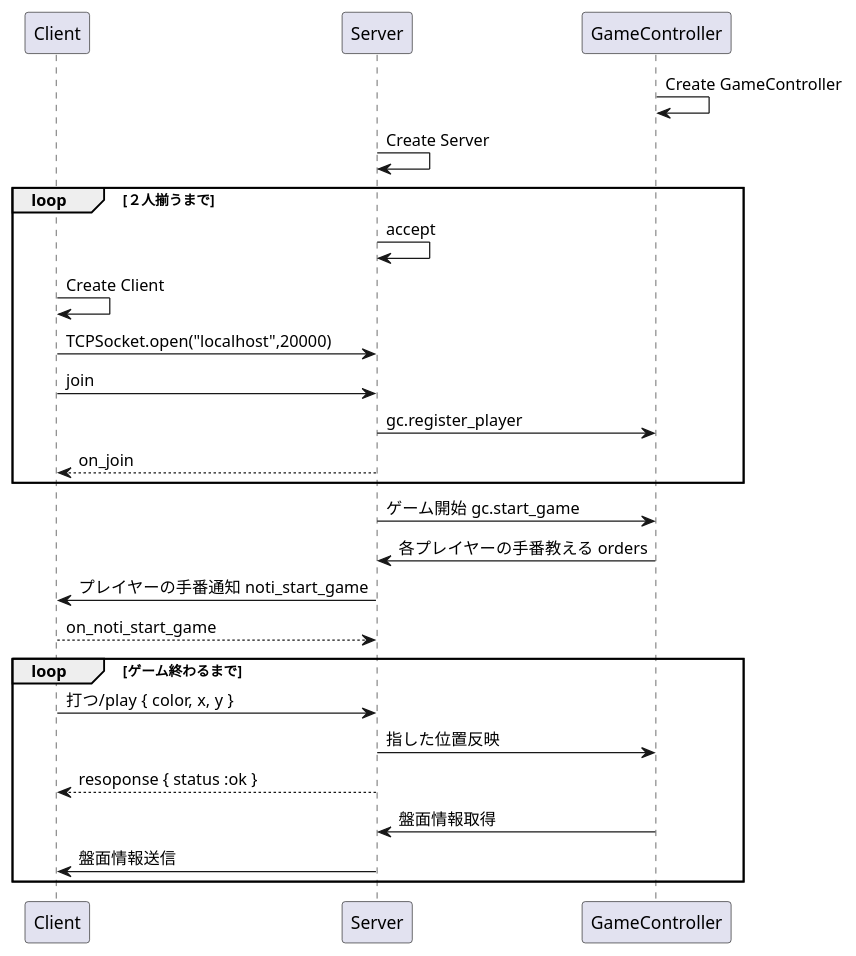
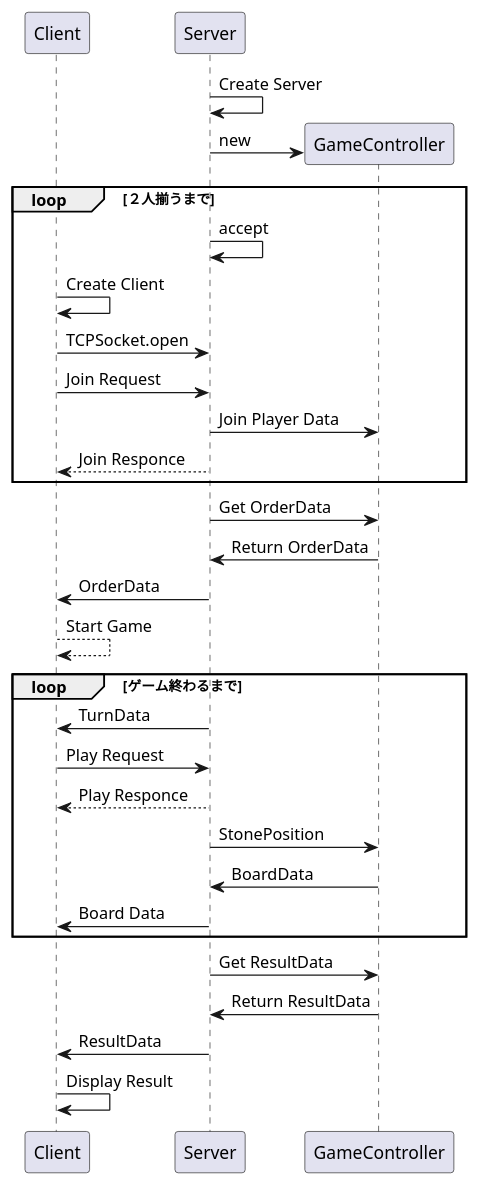
One commit to WROS-eng/netpro changed the diagram in uml.pu. Above: the diagram before and after it, drawn with PlantUML.

Commit message:
commit uml

```diff
--- a/uml.pu
+++ b/uml.pu
@@ -1,33 +1,52 @@
 @startuml 雑イメージ
 participant Client
 participant Server
 participant GameController
 
-GameController -> GameController : Create GameController
+
 Server -> Server : Create Server
+
+create GameController
+Server -> GameController : new 
 
 loop ２人揃うまで
      Server -> Server : accept
      Client -> Client : Create Client
-     Client -> Server : TCPSocket.open("localhost",20000)
+     Client -> Server : TCPSocket.open
      
-     Client -> Server : join 
-     Server -> GameController : gc.register_player
-     Server --> Client : on_join
+     Client -> Server : Join Request 
+     Server -> GameController : Join Player Data
+     Server --> Client : Join Responce
 end
 
-Server -> GameController : ゲーム開始 gc.start_game
-GameController -> Server : 各プレイヤーの手番教える orders
-Server -> Client : プレイヤーの手番通知 noti_start_game
-Client --> Server :  on_noti_start_game
+Server -> GameController : Get OrderData
+
+GameController -> Server : Return OrderData
+
+Server -> Client : OrderData
+
+Client --> Client : Start Game
 
 loop ゲーム終わるまで
 
-    Client -> Server : 打つ/play { color, x, y }
-    Server -> GameController : 指した位置反映
-    Server --> Client : resoponse { status :ok }
+    Server -> Client : TurnData
 
-    GameController -> Server : 盤面情報取得 
-    Server -> Client : 盤面情報送信 
+    Client -> Server : Play Request 
+    Server --> Client : Play Responce 
+    
+    Server -> GameController : StonePosition
+    GameController -> Server : BoardData
+    Server -> Client : Board Data
 end
+
+' 終了
+
+Server -> GameController : Get ResultData
+GameController -> Server : Return ResultData
+
+
+Server -> Client : ResultData
+
+Client -> Client : Display Result
+
 @enduml
```
